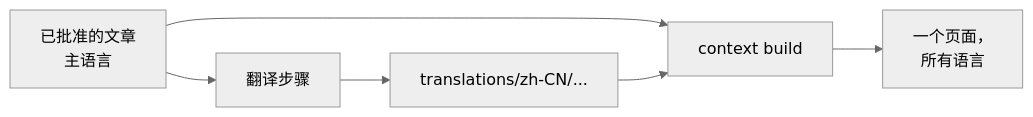
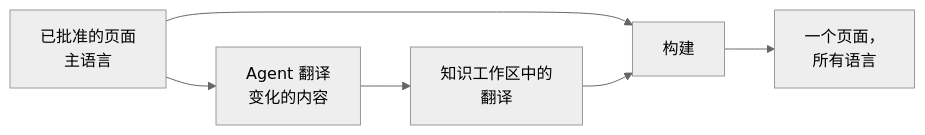
Before and after one commit to context4ai/portal: the diagram in translations/zh-CN/sop/outputs-and-sites/multilingual-sites.md, drawn with Mermaid (neutral theme). The commit also changed other lines of this file and 129 other files, not shown here.

````diff
--- a/translations/zh-CN/sop/outputs-and-sites/multilingual-sites.md
+++ b/translations/zh-CN/sop/outputs-and-sites/multilingual-sites.md
@@ -16,8 +16,8 @@
 ```mermaid
 flowchart LR
-  approved["已批准的文章<br/>主语言"] --> tr["翻译步骤"]
-  tr --> files["translations/zh-CN/..."]
-  approved --> build["context build"]
+  approved["已批准的页面<br/>主语言"] --> tr["Agent 翻译<br/>变化的内容"]
+  tr --> files["知识工作区中的<br/>翻译"]
+  approved --> build["构建"]
   files --> build
   build --> page["一个页面，<br/>所有语言"]
 ```
````
